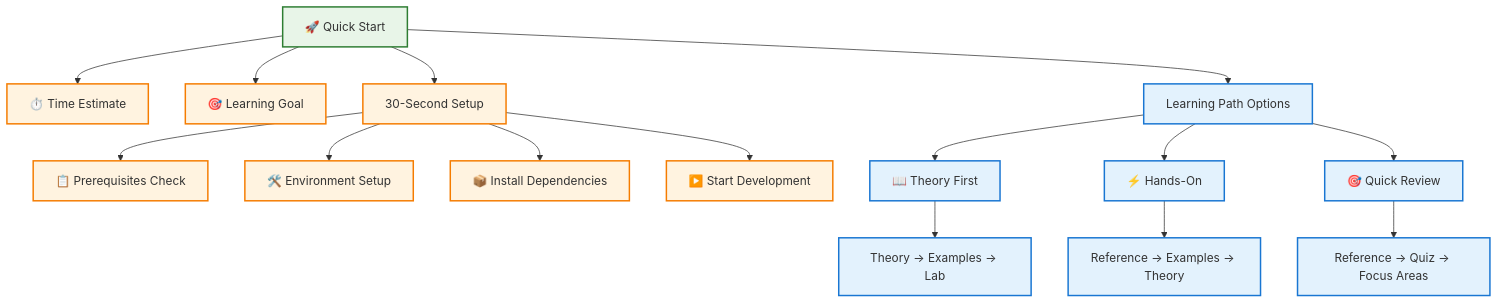
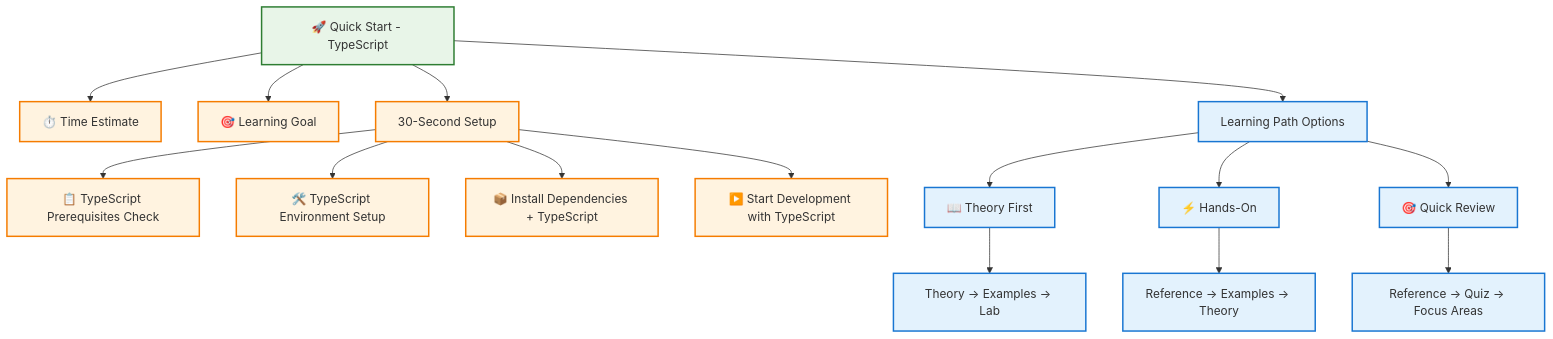
The fifth of 6 diagrams in diagrams/course_structure_diagram.md (longndt/react-course), drawn with Mermaid before and after one commit. The commit also changed other lines of this file and 32 other files, not shown here.

````diff
--- a/diagrams/course_structure_diagram.md
+++ b/diagrams/course_structure_diagram.md
@@ -148,29 +139,29 @@
 ```mermaid
 graph TD
-    A[🚀 Quick Start] --> B[⏱️ Time Estimate]
+    A[🚀 Quick Start - TypeScript] --> B[⏱️ Time Estimate]
     A --> C[🎯 Learning Goal]
     A --> D[30-Second Setup]
     A --> E[Learning Path Options]
 
-    D --> F[📋 Prerequisites Check]
-    D --> G[🛠️ Environment Setup]
-    D --> H[📦 Install Dependencies]
-    D --> I[▶️ Start Development]
+    D --> F[📋 TypeScript Prerequisites Check]
+    D --> G[🛠️ TypeScript Environment Setup]
+    D --> H[📦 Install Dependencies + TypeScript]
+    D --> I[▶️ Start Development with TypeScript]
 
     E --> J[📖 Theory First]
     E --> K[⚡ Hands-On]
     E --> L[🎯 Quick Review]
 
     J --> M[Theory → Examples → Lab]
     K --> N[Reference → Examples → Theory]
     L --> O[Reference → Quiz → Focus Areas]
 
     %% Styling
     classDef quickstart fill:#e8f5e8,stroke:#2e7d32,stroke-width:2px
     classDef setup fill:#fff3e0,stroke:#f57c00,stroke-width:2px
     classDef path fill:#e3f2fd,stroke:#1976d2,stroke-width:2px
 
     class A quickstart
     class B,C,D,F,G,H,I setup
     class E,J,K,L,M,N,O path
 ```
````
